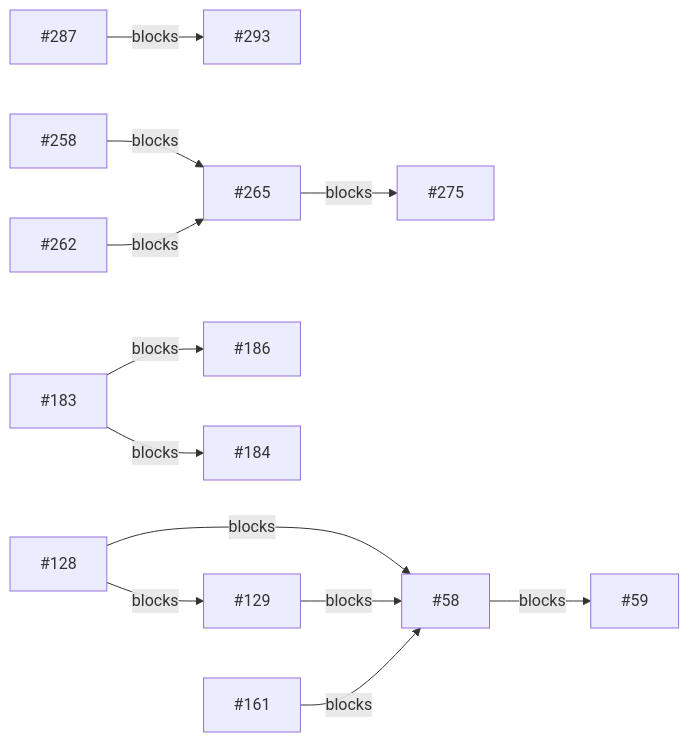
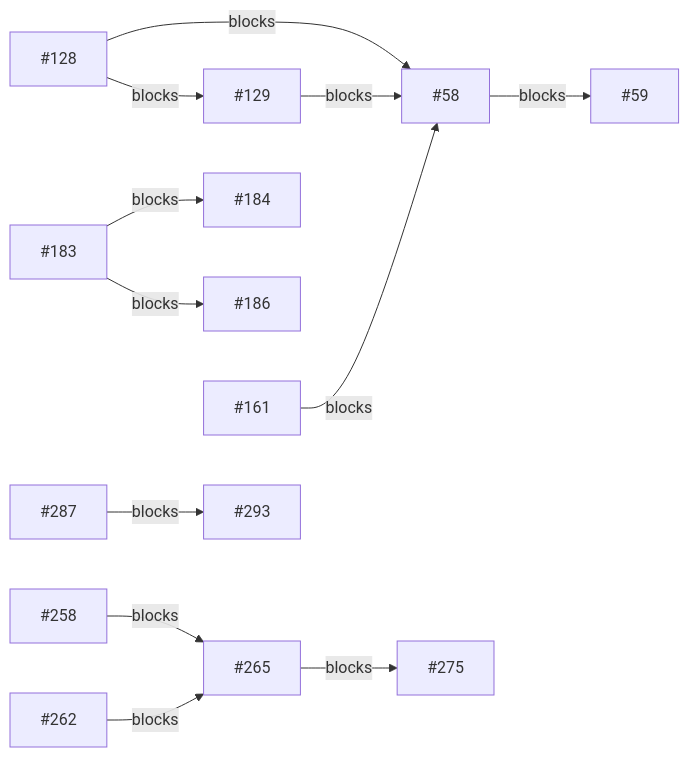
Before and after one commit to hyzr-dev/slusk: the diagram in docs/triage/2026-07-30-backlog.md, drawn with Mermaid. The commit also changed other lines of this file, not shown here.

````diff
--- a/docs/triage/2026-07-30-backlog.md
+++ b/docs/triage/2026-07-30-backlog.md
@@ -45,14 +47,14 @@
 ```mermaid
 graph LR
-  I287["#287"] -->|blocks| I293["#293"]
-  I265["#265"] -->|blocks| I275["#275"]
+  I58["#58"] -->|blocks| I59["#59"]
+  I128["#128"] -->|blocks| I58["#58"]
+  I128["#128"] -->|blocks| I129["#129"]
+  I129["#129"] -->|blocks| I58["#58"]
+  I161["#161"] -->|blocks| I58["#58"]
+  I183["#183"] -->|blocks| I184["#184"]
+  I183["#183"] -->|blocks| I186["#186"]
   I258["#258"] -->|blocks| I265["#265"]
   I262["#262"] -->|blocks| I265["#265"]
-  I183["#183"] -->|blocks| I186["#186"]
-  I183["#183"] -->|blocks| I184["#184"]
-  I128["#128"] -->|blocks| I129["#129"]
-  I58["#58"] -->|blocks| I59["#59"]
-  I128["#128"] -->|blocks| I58["#58"]
-  I129["#129"] -->|blocks| I58["#58"]
-  I161["#161"] -->|blocks| I58["#58"]
+  I265["#265"] -->|blocks| I275["#275"]
+  I287["#287"] -->|blocks| I293["#293"]
 ```
````
